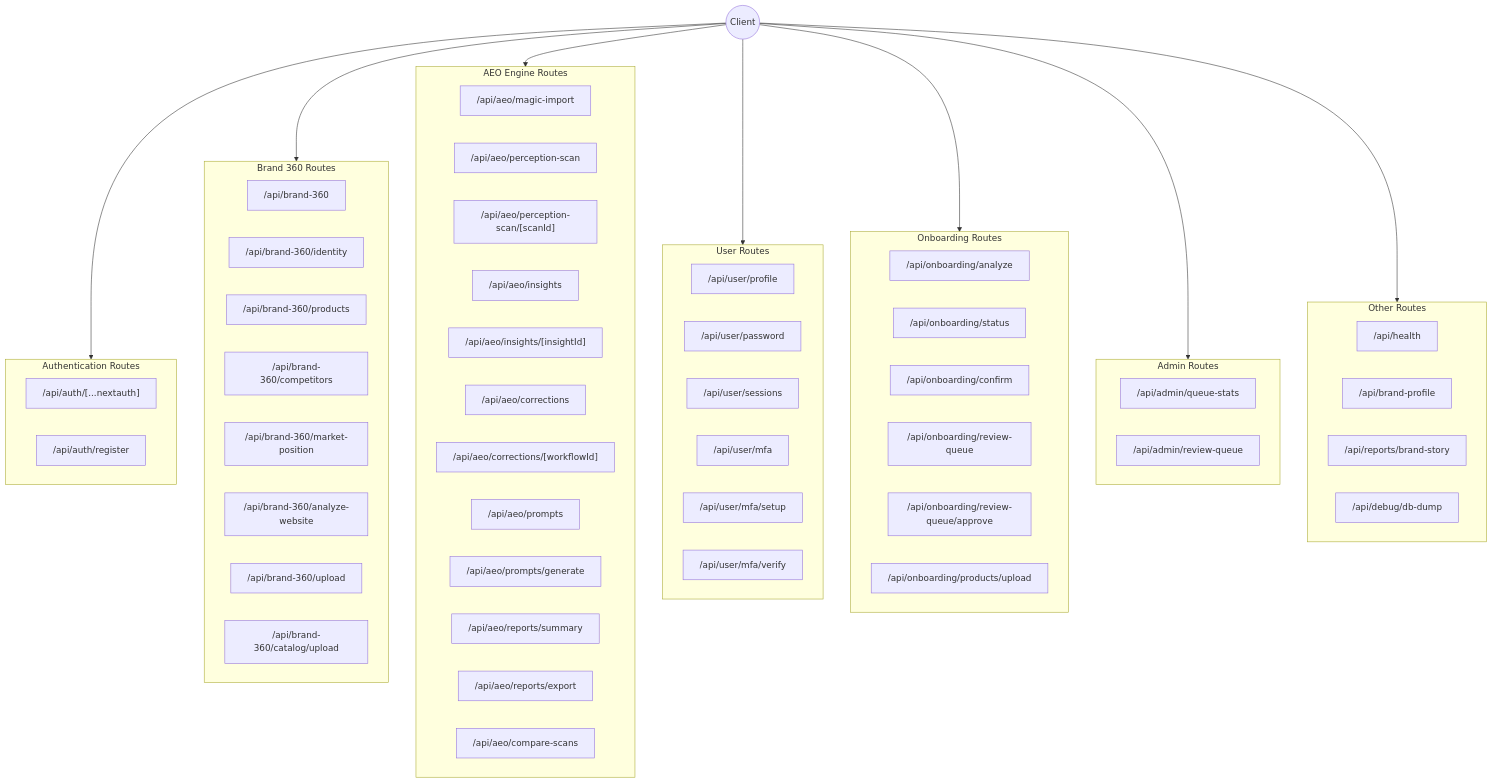
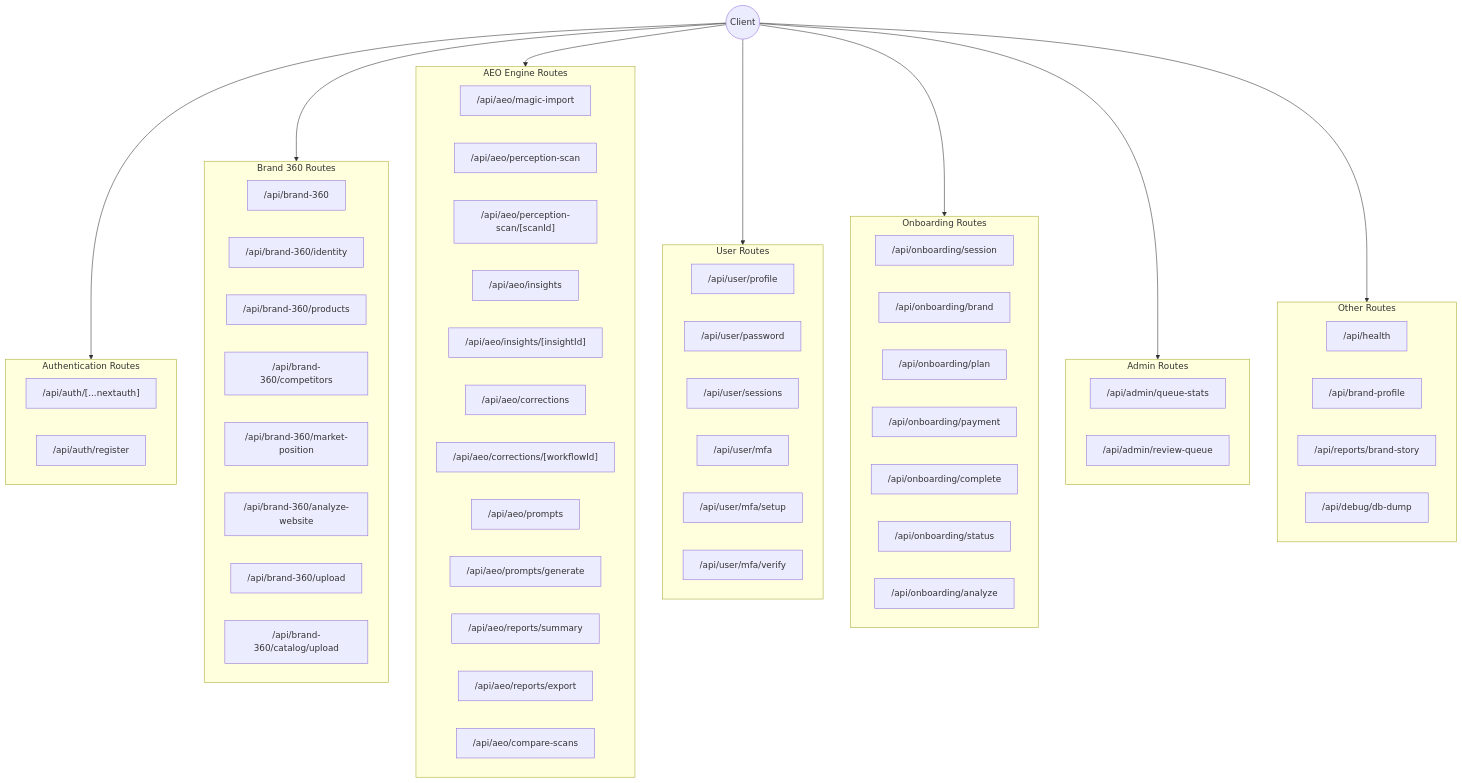
Before and after one commit to praveengujar/VistralAI: the first of 14 diagrams in docs/DIAGRAMS.md, drawn with Mermaid. The commit also changed other lines of this file and 55 other files, not shown here.

````diff
--- a/docs/DIAGRAMS.md
+++ b/docs/DIAGRAMS.md
@@ -12,71 +12,72 @@
 ```mermaid
 flowchart TB
     subgraph Auth["Authentication Routes"]
         A1["/api/auth/[...nextauth]"]
         A2["/api/auth/register"]
     end
 
     subgraph Brand360["Brand 360 Routes"]
         B1["/api/brand-360"]
         B2["/api/brand-360/identity"]
         B3["/api/brand-360/products"]
         B4["/api/brand-360/competitors"]
         B5["/api/brand-360/market-position"]
         B6["/api/brand-360/analyze-website"]
         B7["/api/brand-360/upload"]
         B8["/api/brand-360/catalog/upload"]
     end
 
     subgraph AEO["AEO Engine Routes"]
         C1["/api/aeo/magic-import"]
         C2["/api/aeo/perception-scan"]
         C3["/api/aeo/perception-scan/[scanId]"]
         C4["/api/aeo/insights"]
         C5["/api/aeo/insights/[insightId]"]
         C6["/api/aeo/corrections"]
         C7["/api/aeo/corrections/[workflowId]"]
         C8["/api/aeo/prompts"]
         C9["/api/aeo/prompts/generate"]
         C10["/api/aeo/reports/summary"]
         C11["/api/aeo/reports/export"]
         C12["/api/aeo/compare-scans"]
     end
 
     subgraph User["User Routes"]
         D1["/api/user/profile"]
         D2["/api/user/password"]
         D3["/api/user/sessions"]
         D4["/api/user/mfa"]
         D5["/api/user/mfa/setup"]
         D6["/api/user/mfa/verify"]
     end
 
     subgraph Onboarding["Onboarding Routes"]
-        E1["/api/onboarding/analyze"]
-        E2["/api/onboarding/status"]
-        E3["/api/onboarding/confirm"]
-        E4["/api/onboarding/review-queue"]
-        E5["/api/onboarding/review-queue/approve"]
-        E6["/api/onboarding/products/upload"]
+        E1["/api/onboarding/session"]
+        E2["/api/onboarding/brand"]
+        E3["/api/onboarding/plan"]
+        E4["/api/onboarding/payment"]
+        E5["/api/onboarding/complete"]
+        E6["/api/onboarding/status"]
+        E7["/api/onboarding/analyze"]
     end
 
     subgraph Admin["Admin Routes"]
         F1["/api/admin/queue-stats"]
         F2["/api/admin/review-queue"]
     end
 
     subgraph Other["Other Routes"]
         G1["/api/health"]
         G2["/api/brand-profile"]
         G3["/api/reports/brand-story"]
         G4["/api/debug/db-dump"]
     end
 
     Client((Client)) --> Auth
     Client --> Brand360
     Client --> AEO
     Client --> User
     Client --> Onboarding
     Client --> Admin
     Client --> Other
 ```
````
